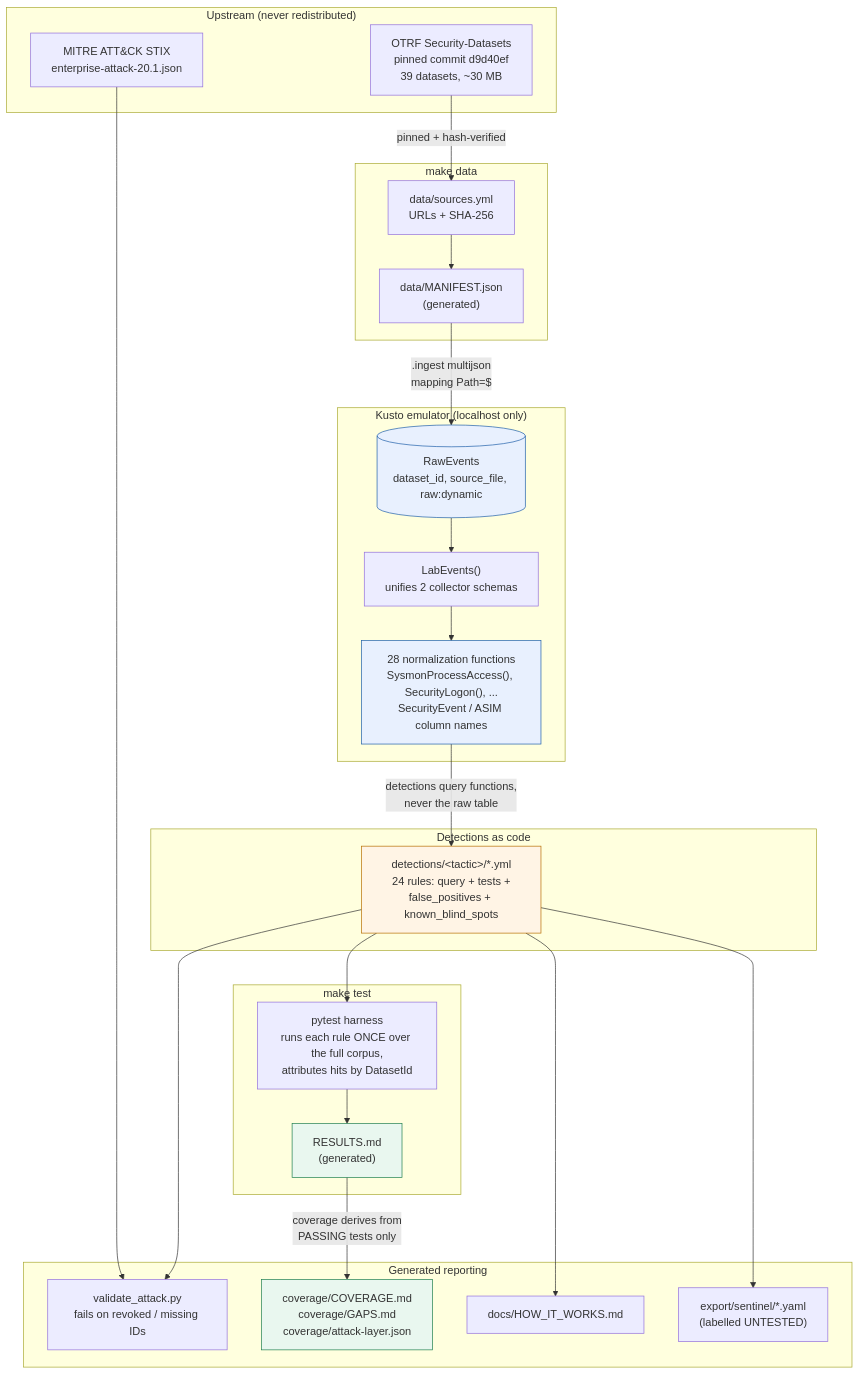
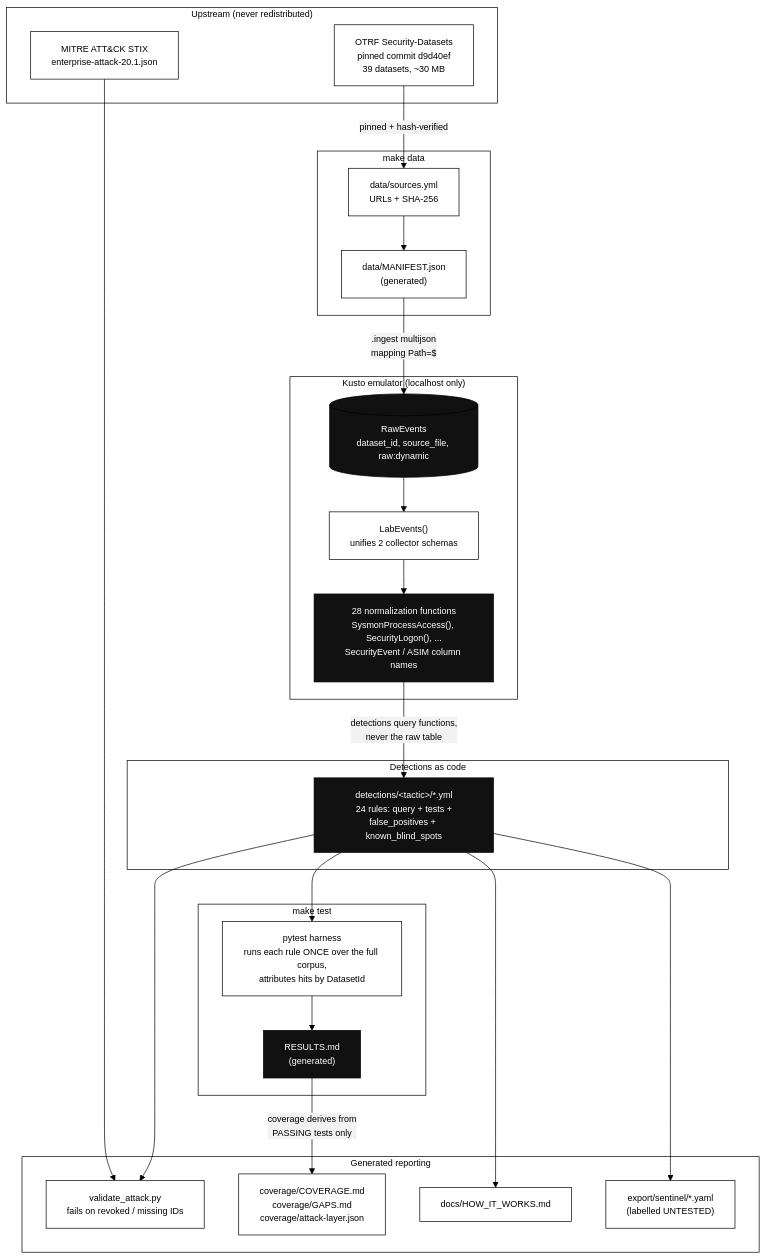
The diagram in README.md (nandiiniisingh0618-cmd/kql-threat-hunting-lab), drawn with Mermaid before and after one commit. The commit also changed other lines of this file, not shown here.

First line of the commit message:
Restyle the README: monochrome diagram, terminal header, plainer prose

````diff
--- a/README.md
+++ b/README.md
@@ -69,50 +75,51 @@
 ```mermaid
+%%{init: {'theme':'base','themeVariables':{'background':'#ffffff','primaryColor':'#ffffff','primaryTextColor':'#000000','primaryBorderColor':'#000000','lineColor':'#000000','secondaryColor':'#f2f2f2','tertiaryColor':'#ffffff','fontFamily':'ui-monospace, SFMono-Regular, Menlo, monospace','fontSize':'13px','clusterBkg':'#ffffff','clusterBorder':'#000000'}}}%%
 flowchart TB
     subgraph upstream["Upstream (never redistributed)"]
         OTRF["OTRF Security-Datasets<br/>pinned commit d9d40ef<br/>39 datasets, ~30 MB"]
         STIX["MITRE ATT&CK STIX<br/>enterprise-attack-20.1.json"]
     end
 
     subgraph fetch["make data"]
         SRC["data/sources.yml<br/>URLs + SHA-256"]
         MAN["data/MANIFEST.json<br/>(generated)"]
     end
 
     subgraph kusto["Kusto emulator (localhost only)"]
         RAW[("RawEvents<br/>dataset_id, source_file, raw:dynamic")]
         UNI["LabEvents()<br/>unifies 2 collector schemas"]
         FN["28 normalization functions<br/>SysmonProcessAccess(), SecurityLogon(), ...<br/>SecurityEvent / ASIM column names"]
     end
 
     subgraph code["Detections as code"]
         DET["detections/&lt;tactic&gt;/*.yml<br/>24 rules: query + tests +<br/>false_positives + known_blind_spots"]
     end
 
     subgraph harness["make test"]
         PT["pytest harness<br/>runs each rule ONCE over the full corpus,<br/>attributes hits by DatasetId"]
         RES["RESULTS.md<br/>(generated)"]
     end
 
     subgraph gen["Generated reporting"]
         VAL["validate_attack.py<br/>fails on revoked / missing IDs"]
         COV["coverage/COVERAGE.md<br/>coverage/GAPS.md<br/>coverage/attack-layer.json"]
         HOW["docs/HOW_IT_WORKS.md"]
         SEN["export/sentinel/*.yaml<br/>(labelled UNTESTED)"]
     end
 
     OTRF -->|pinned + hash-verified| SRC --> MAN -->|".ingest multijson<br/>mapping Path=$"| RAW
     RAW --> UNI --> FN
     FN -->|"detections query functions,<br/>never the raw table"| DET
     DET --> PT --> RES
     STIX --> VAL
     DET --> VAL
     RES -->|"coverage derives from<br/>PASSING tests only"| COV
     DET --> HOW
     DET --> SEN
 
-    style RAW fill:#e8f0fe,stroke:#1f5fa9
-    style FN fill:#e8f0fe,stroke:#1f5fa9
-    style DET fill:#fff4e5,stroke:#b76e00
-    style RES fill:#e9f7ef,stroke:#1e7e4f
-    style COV fill:#e9f7ef,stroke:#1e7e4f
+    classDef box fill:#ffffff,stroke:#000000,stroke-width:1px,color:#000000;
+    classDef accent fill:#111111,stroke:#000000,stroke-width:1px,color:#ffffff;
+    class OTRF,STIX,SRC,MAN,UNI,PT,VAL,COV,HOW,SEN box;
+    class RAW,FN,DET,RES accent;
+
 ```
````
